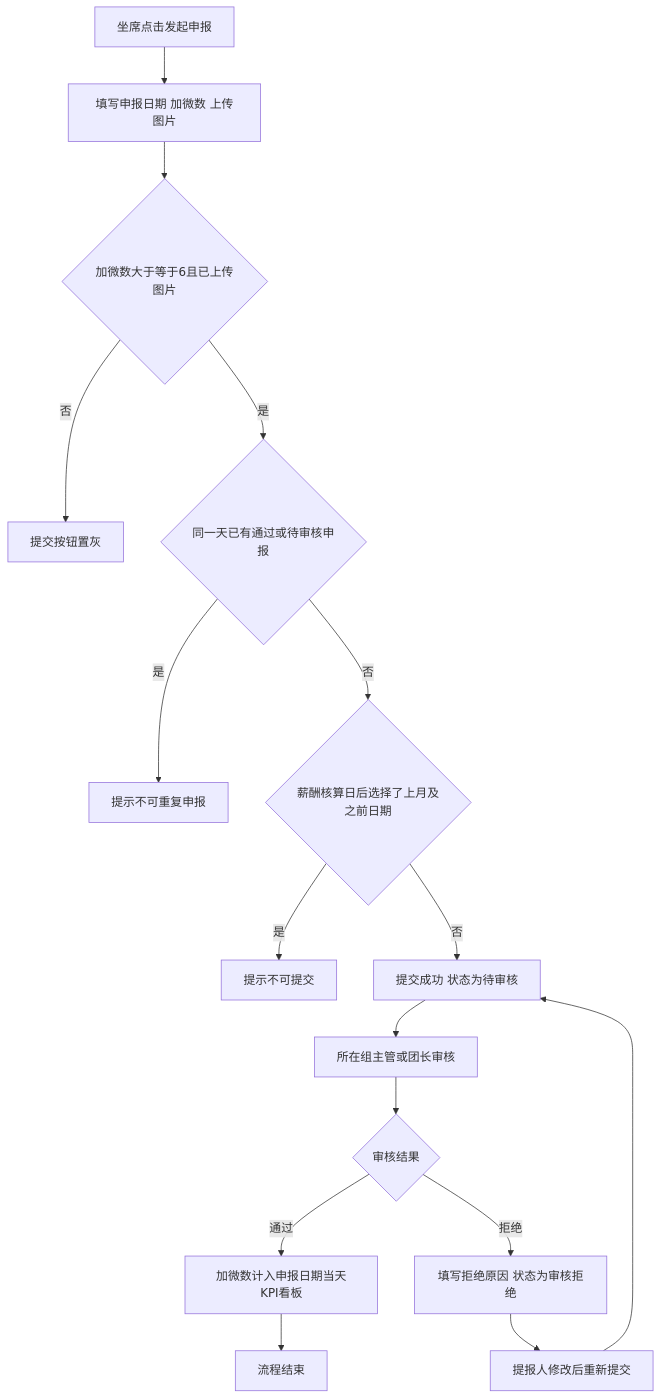
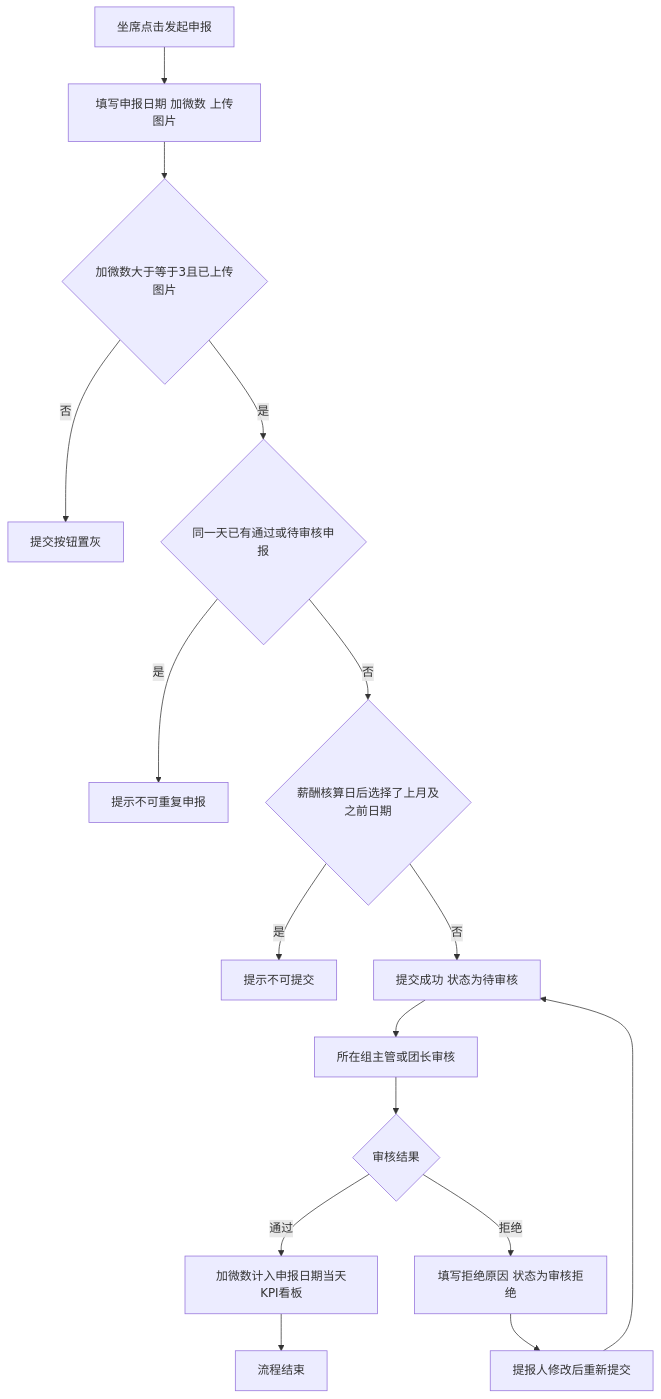
Before and after one commit to Yping-98/prototypes: the second of 3 diagrams in tiyanying-salary-system/PRD-体验营薪酬体系线上化.md, drawn with Mermaid. The commit also changed other lines of this file and 1 other file, not shown here.

````diff
--- a/tiyanying-salary-system/PRD-体验营薪酬体系线上化.md
+++ b/tiyanying-salary-system/PRD-体验营薪酬体系线上化.md
@@ -77,18 +77,18 @@
 ```mermaid
 flowchart TD
     A[坐席点击发起申报] --> B[填写申报日期 加微数 上传图片]
-    B --> C{加微数大于等于6且已上传图片}
+    B --> C{加微数大于等于3且已上传图片}
     C -->|否| D[提交按钮置灰]
     C -->|是| E{同一天已有通过或待审核申报}
     E -->|是| F[提示不可重复申报]
     E -->|否| G{薪酬核算日后选择了上月及之前日期}
     G -->|是| H[提示不可提交]
     G -->|否| I[提交成功 状态为待审核]
     I --> J[所在组主管或团长审核]
     J --> K{审核结果}
     K -->|通过| L[加微数计入申报日期当天KPI看板]
     K -->|拒绝| M[填写拒绝原因 状态为审核拒绝]
     M --> N[提报人修改后重新提交]
     N --> I
     L --> E1[流程结束]
 ```
````
